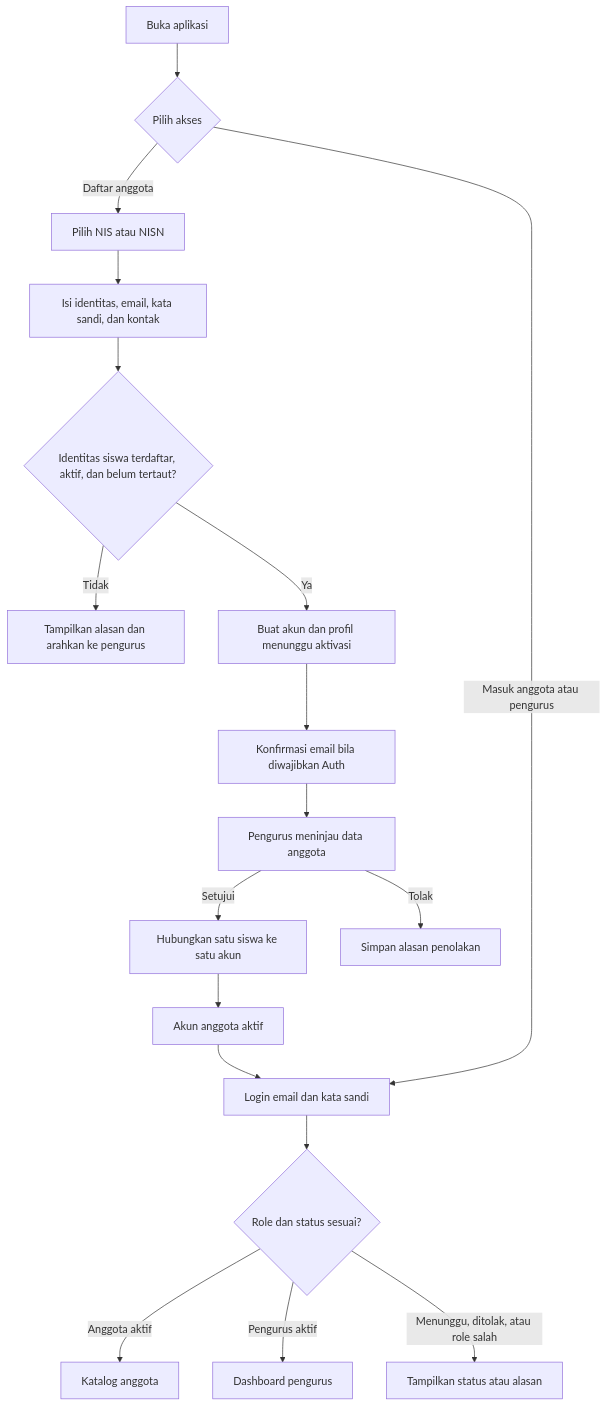
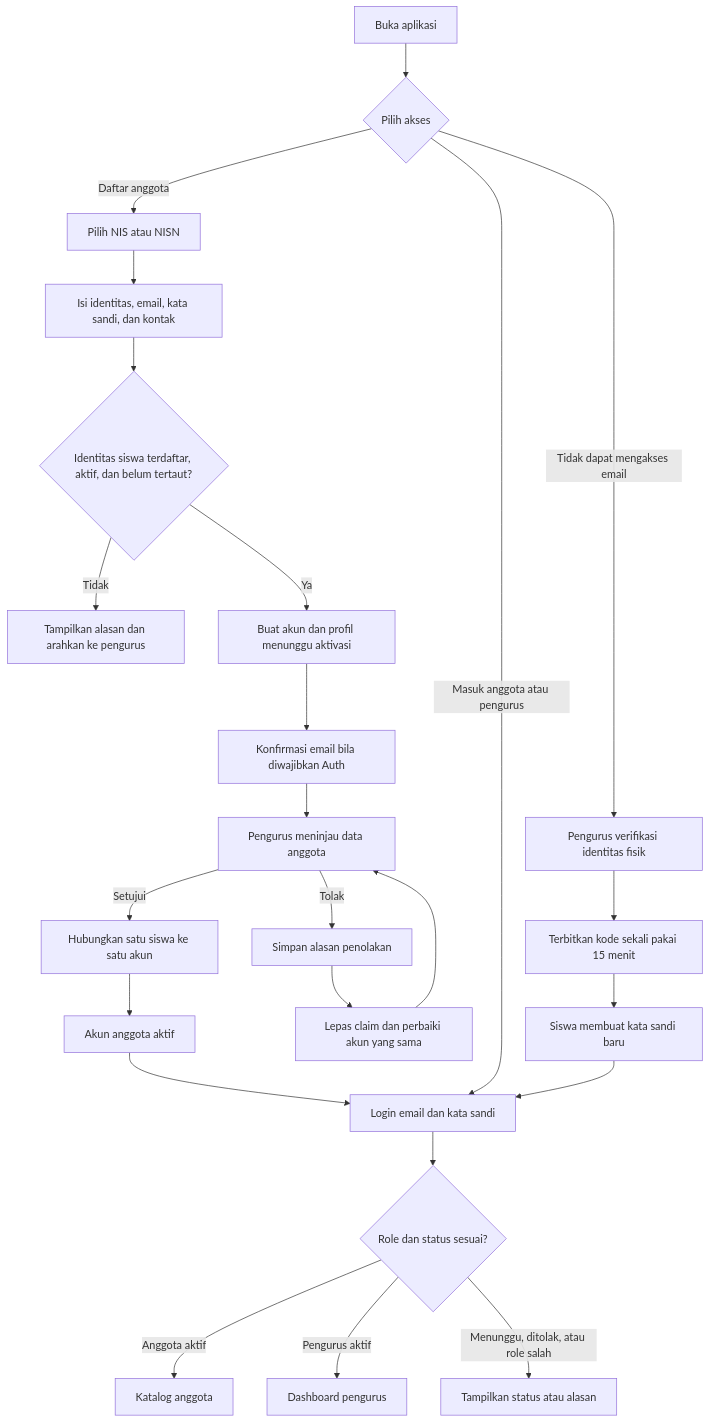
The first of 4 diagrams in README.md (rezhazha41/apps-perpus), drawn with Mermaid before and after one commit. The commit also changed other lines of this file and 17 other files, not shown here.

````diff
--- a/README.md
+++ b/README.md
@@ -215,20 +217,26 @@
 ```mermaid
 flowchart TD
     A[Buka aplikasi] --> B{Pilih akses}
     B -->|Daftar anggota| C[Pilih NIS atau NISN]
     C --> D[Isi identitas, email, kata sandi, dan kontak]
     D --> E{Identitas siswa terdaftar, aktif, dan belum tertaut?}
     E -->|Tidak| F[Tampilkan alasan dan arahkan ke pengurus]
     E -->|Ya| G[Buat akun dan profil menunggu aktivasi]
     G --> H[Konfirmasi email bila diwajibkan Auth]
     H --> I[Pengurus meninjau data anggota]
     I -->|Setujui| J[Hubungkan satu siswa ke satu akun]
     I -->|Tolak| K[Simpan alasan penolakan]
+    K --> K1[Lepas claim dan perbaiki akun yang sama]
+    K1 --> I
     J --> L[Akun anggota aktif]
     B -->|Masuk anggota atau pengurus| M[Login email dan kata sandi]
+    B -->|Tidak dapat mengakses email| R[Pengurus verifikasi identitas fisik]
+    R --> S[Terbitkan kode sekali pakai 15 menit]
+    S --> T[Siswa membuat kata sandi baru]
+    T --> M
     L --> M
     M --> N{Role dan status sesuai?}
     N -->|Anggota aktif| O[Katalog anggota]
     N -->|Pengurus aktif| P[Dashboard pengurus]
     N -->|Menunggu, ditolak, atau role salah| Q[Tampilkan status atau alasan]
 ```
````
